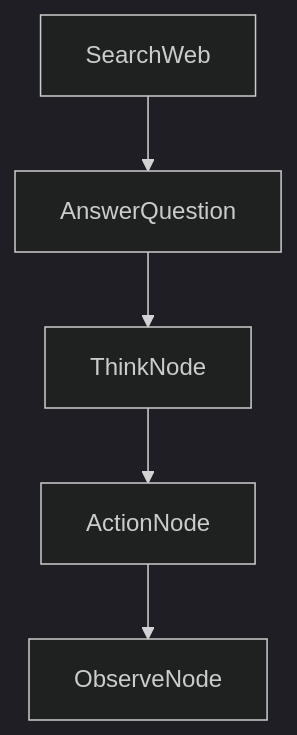
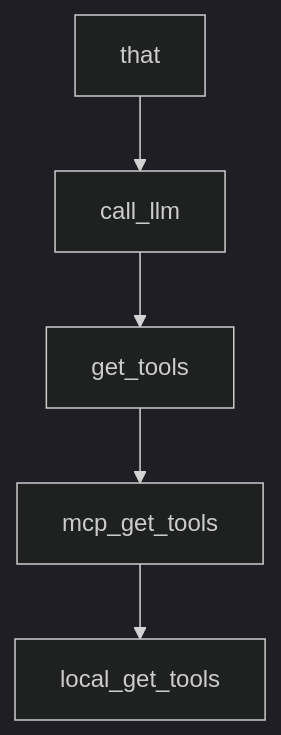
Before and after one commit to johnxie/awesome-code-docs: the diagram in tutorials/pocketflow-tutorial/05-multi-agent-and-supervision.md, drawn with Mermaid (dark theme). The commit also changed other lines of this file and 1232 other files, not shown here.

````diff
--- a/tutorials/pocketflow-tutorial/05-multi-agent-and-supervision.md
+++ b/tutorials/pocketflow-tutorial/05-multi-agent-and-supervision.md
@@ -199,12 +197,12 @@
 ```mermaid
 flowchart TD
-    A[SearchWeb]
-    B[AnswerQuestion]
-    C[ThinkNode]
-    D[ActionNode]
-    E[ObserveNode]
+    A[that]
+    B[call_llm]
+    C[get_tools]
+    D[mcp_get_tools]
+    E[local_get_tools]
     A --> B
     B --> C
     C --> D
     D --> E
 ```
````
